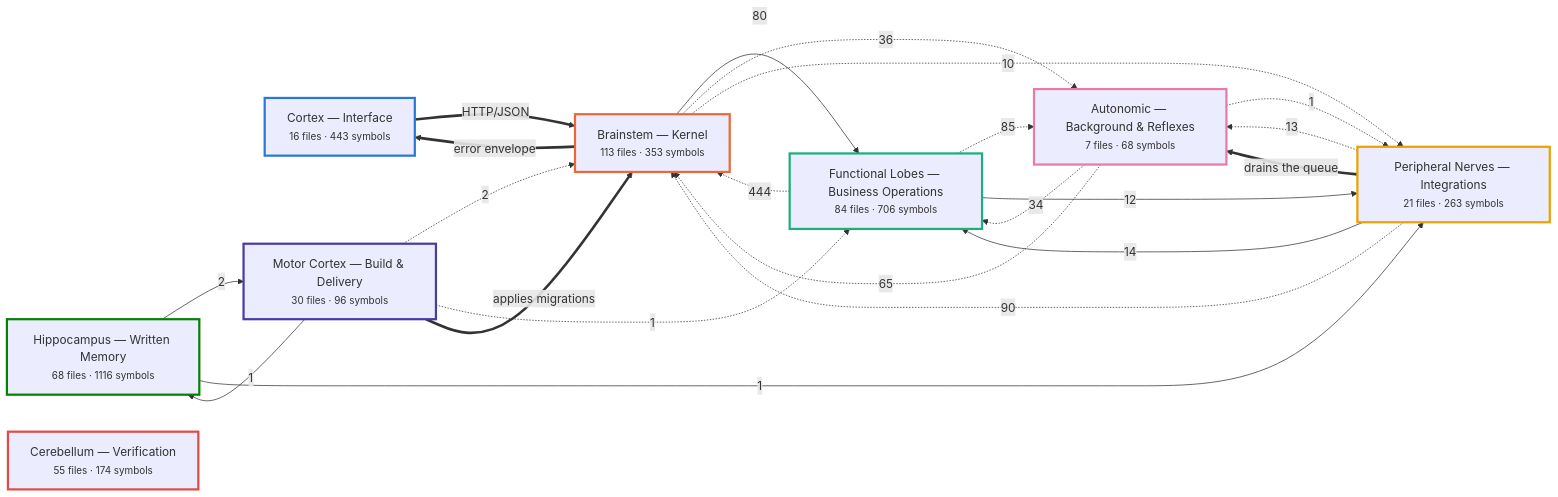
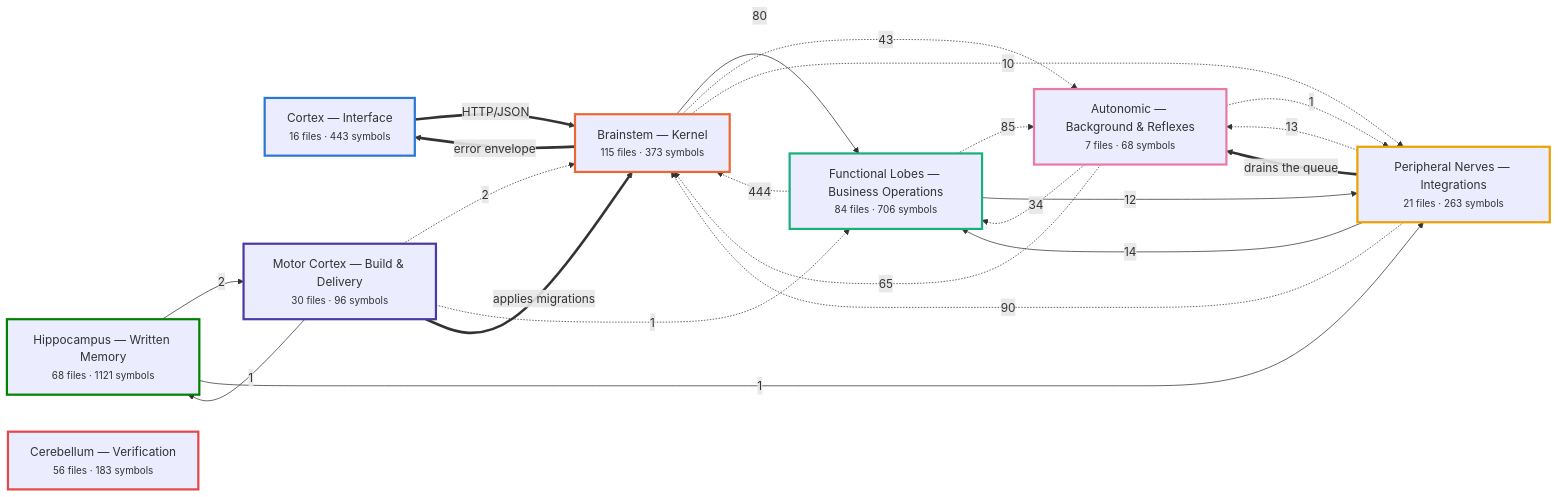
The first of 7 diagrams in docs/brain/BRAIN.md (Vishalnayak226/custom_erp), drawn with Mermaid before and after one commit. The commit also changed other lines of this file and 4 other files, not shown here.

````diff
--- a/docs/brain/BRAIN.md
+++ b/docs/brain/BRAIN.md
@@ -35,48 +35,48 @@
 ```mermaid
 flowchart LR
   n_cortex["Cortex — Interface<br/><small>16 files · 443 symbols</small>"]
-  n_brainstem["Brainstem — Kernel<br/><small>113 files · 353 symbols</small>"]
+  n_brainstem["Brainstem — Kernel<br/><small>115 files · 373 symbols</small>"]
   n_business["Functional Lobes — Business Operations<br/><small>84 files · 706 symbols</small>"]
   n_peripheral["Peripheral Nerves — Integrations<br/><small>21 files · 263 symbols</small>"]
   n_autonomic["Autonomic — Background & Reflexes<br/><small>7 files · 68 symbols</small>"]
-  n_memory["Hippocampus — Written Memory<br/><small>68 files · 1116 symbols</small>"]
+  n_memory["Hippocampus — Written Memory<br/><small>68 files · 1121 symbols</small>"]
   n_motor["Motor Cortex — Build & Delivery<br/><small>30 files · 96 symbols</small>"]
-  n_verification["Cerebellum — Verification<br/><small>55 files · 174 symbols</small>"]
+  n_verification["Cerebellum — Verification<br/><small>56 files · 183 symbols</small>"]
   n_business -.->|444| n_brainstem
   n_peripheral -.->|90| n_brainstem
   n_business -.->|85| n_autonomic
   n_brainstem -->|80| n_business
   n_autonomic -.->|65| n_brainstem
-  n_brainstem -.->|36| n_autonomic
+  n_brainstem -.->|43| n_autonomic
   n_autonomic -.->|34| n_business
   n_peripheral -->|14| n_business
   n_peripheral -.->|13| n_autonomic
   n_business -->|12| n_peripheral
   n_brainstem -.->|10| n_peripheral
   n_motor -.->|2| n_brainstem
   n_memory -->|2| n_motor
   n_motor -.->|1| n_business
-  n_autonomic -.->|1| n_peripheral
   n_memory -->|1| n_peripheral
   n_motor -->|1| n_memory
+  n_autonomic -.->|1| n_peripheral
   n_brainstem ==>|error envelope| n_cortex
   n_cortex ==>|HTTP/JSON| n_brainstem
   n_motor ==>|applies migrations| n_brainstem
   n_peripheral ==>|drains the queue| n_autonomic
   classDef n_cortex stroke:#2a78d6,stroke-width:3px;
   class n_cortex n_cortex;
   classDef n_brainstem stroke:#eb6834,stroke-width:3px;
   class n_brainstem n_brainstem;
   classDef n_business stroke:#1baf7a,stroke-width:3px;
   class n_business n_business;
   classDef n_peripheral stroke:#eda100,stroke-width:3px;
   class n_peripheral n_peripheral;
   classDef n_autonomic stroke:#e87ba4,stroke-width:3px;
   class n_autonomic n_autonomic;
   classDef n_memory stroke:#008300,stroke-width:3px;
   class n_memory n_memory;
   classDef n_motor stroke:#4a3aa7,stroke-width:3px;
   class n_motor n_motor;
   classDef n_verification stroke:#e34948,stroke-width:3px;
   class n_verification n_verification;
 ```
````
